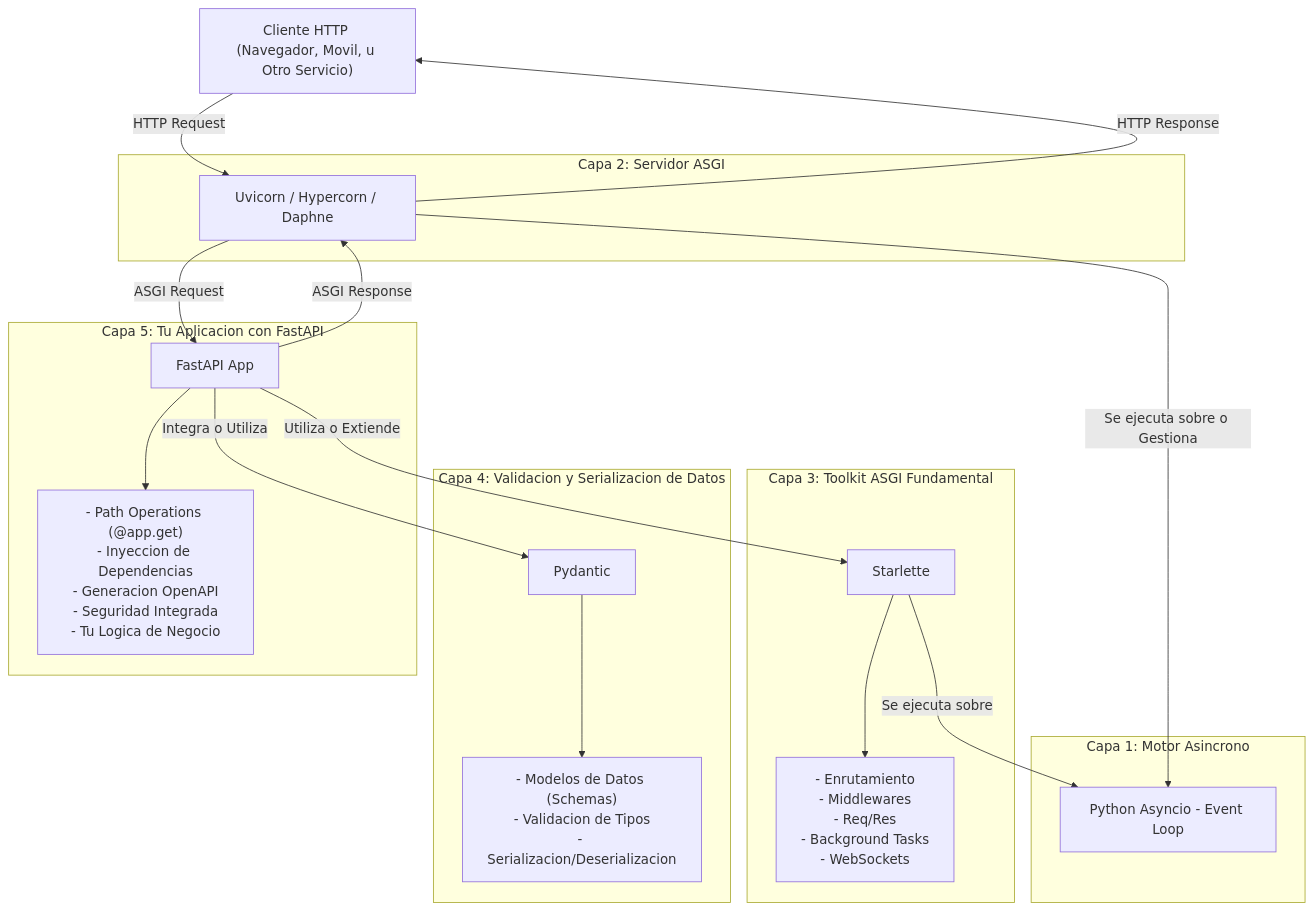
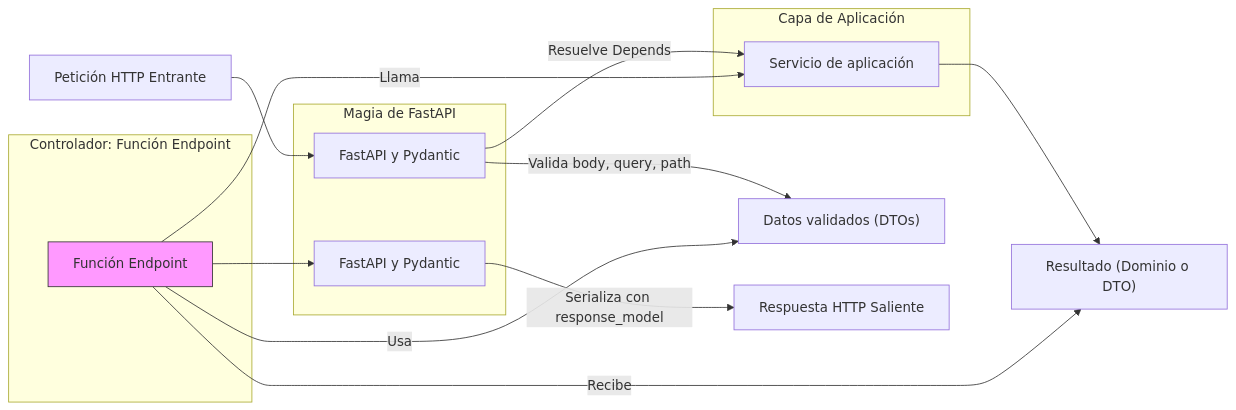
Before and after one commit to docenciait/CursoV1: the fourth of 16 diagrams in B1/Tema2/Tema2.md, drawn with Mermaid. The commit also changed other lines of this file and 2 other files, not shown here.

````diff
--- a/B1/Tema2/Tema2.md
+++ b/B1/Tema2/Tema2.md
@@ -1384,42 +565,28 @@
 ```mermaid
-graph TD
-    Client["Cliente HTTP (Navegador, Movil, u Otro Servicio)"]
+graph LR
+    A[Petición HTTP Entrante] --> B["FastAPI y Pydantic"]
+    B -->|Valida body, query, path| C["Datos validados (DTOs)"]
+    B -->|Resuelve Depends| D["Servicio de aplicación"]
+    E["Función Endpoint"] -->|Usa| C
+    E -->|Llama| D
+    D --> F["Resultado (Dominio o DTO)"]
+    E -->|Recibe| F
+    E --> G["FastAPI y Pydantic"]
+    G -->|Serializa con response_model| H["Respuesta HTTP Saliente"]
 
-    subgraph "Capa 1: Motor Asincrono"
-      A["Python Asyncio - Event Loop"]
+    subgraph "Controlador: Función Endpoint"
+        E
     end
 
-    subgraph "Capa 2: Servidor ASGI"
-      B["Uvicorn / Hypercorn / Daphne"]
+    subgraph "Magia de FastAPI"
+        B
+        G
     end
 
-    subgraph "Capa 3: Toolkit ASGI Fundamental"
-      C["Starlette"]
-      C_Details["- Enrutamiento<br/>- Middlewares<br/>- Req/Res<br/>- Background Tasks<br/>- WebSockets"]
-      C --> C_Details
+    subgraph "Capa de Aplicación"
+        D
     end
 
-    subgraph "Capa 4: Validacion y Serializacion de Datos"
-      D["Pydantic"]
-      D_Details["- Modelos de Datos (Schemas)<br/>- Validacion de Tipos<br/>- Serializacion/Deserializacion"]
-      D --> D_Details
-    end
+    style E fill:#f9f,stroke:#333
 
-    subgraph "Capa 5: Tu Aplicacion con FastAPI"
-      E["FastAPI App"]
-      E_Details["- Path Operations (@app.get)<br/>- Inyeccion de Dependencias<br/>- Generacion OpenAPI<br/>- Seguridad Integrada<br/>- Tu Logica de Negocio"]
-      E --> E_Details
-    end
-
-    Client -- "HTTP Request" --> B
-    B -- "ASGI Request" --> E
-
-    E -- "Utiliza o Extiende" --> C
-    E -- "Integra o Utiliza" --> D
-
-    C -- "Se ejecuta sobre" --> A
-    B -- "Se ejecuta sobre o Gestiona" --> A
-
-    E -- "ASGI Response" --> B
-    B -- "HTTP Response" --> Client
 ```
````
